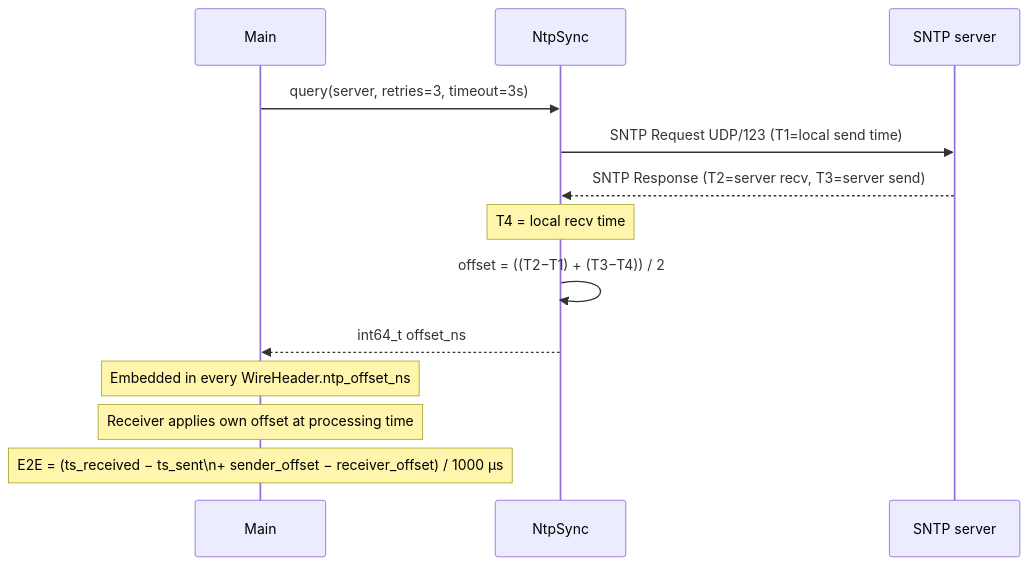
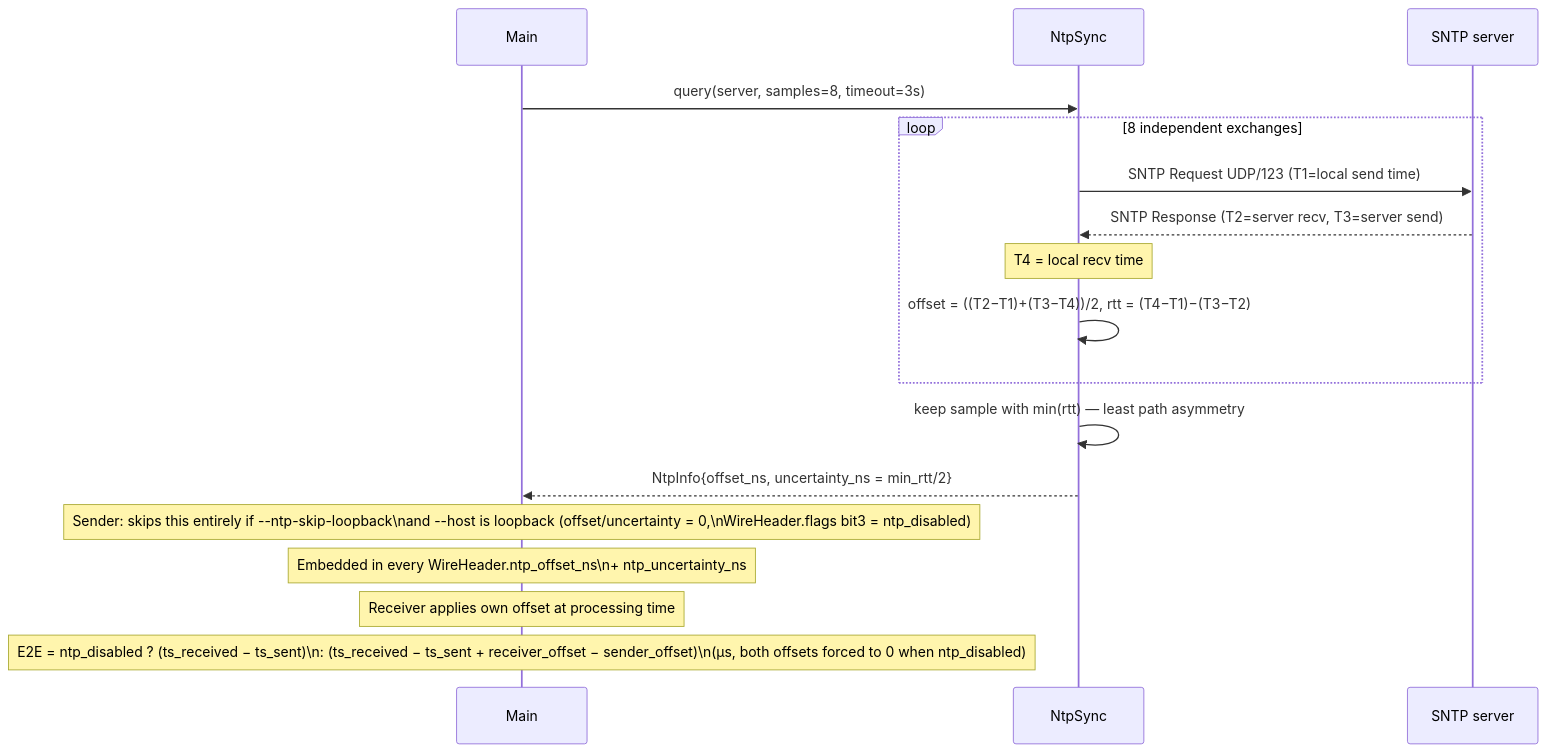
The ninth of 10 diagrams in docs/architecture.md (dipi-unimore/protocols-benchmarking-tool), drawn with Mermaid before and after one commit. The commit also changed other lines of this file and 129 other files, not shown here.

````diff
--- a/docs/architecture.md
+++ b/docs/architecture.md
@@ -388,18 +390,22 @@
 ```mermaid
 sequenceDiagram
     participant Main
     participant NTP as NtpSync
     participant Server as SNTP server
 
-    Main->>NTP: query(server, retries=3, timeout=3s)
-    NTP->>Server: SNTP Request UDP/123 (T1=local send time)
-    Server-->>NTP: SNTP Response (T2=server recv, T3=server send)
-    Note over NTP: T4 = local recv time
-    NTP->>NTP: offset = ((T2−T1) + (T3−T4)) / 2
-    NTP-->>Main: int64_t offset_ns
+    Main->>NTP: query(server, samples=8, timeout=3s)
+    loop 8 independent exchanges
+        NTP->>Server: SNTP Request UDP/123 (T1=local send time)
+        Server-->>NTP: SNTP Response (T2=server recv, T3=server send)
+        Note over NTP: T4 = local recv time
+        NTP->>NTP: offset = ((T2−T1)+(T3−T4))/2, rtt = (T4−T1)−(T3−T2)
+    end
+    NTP->>NTP: keep sample with min(rtt) — least path asymmetry
+    NTP-->>Main: NtpInfo{offset_ns, uncertainty_ns = min_rtt/2}
 
-    Note over Main: Embedded in every WireHeader.ntp_offset_ns
+    Note over Main: Sender: skips this entirely if --ntp-skip-loopback\nand --host is loopback (offset/uncertainty = 0,\nWireHeader.flags bit3 = ntp_disabled)
+    Note over Main: Embedded in every WireHeader.ntp_offset_ns\n+ ntp_uncertainty_ns
 
     Note over Main: Receiver applies own offset at processing time
-    Note over Main: E2E = (ts_received − ts_sent\n+ sender_offset − receiver_offset) / 1000 µs
+    Note over Main: E2E = ntp_disabled ? (ts_received − ts_sent)\n: (ts_received − ts_sent + receiver_offset − sender_offset)\n(µs, both offsets forced to 0 when ntp_disabled)
 ```
````
